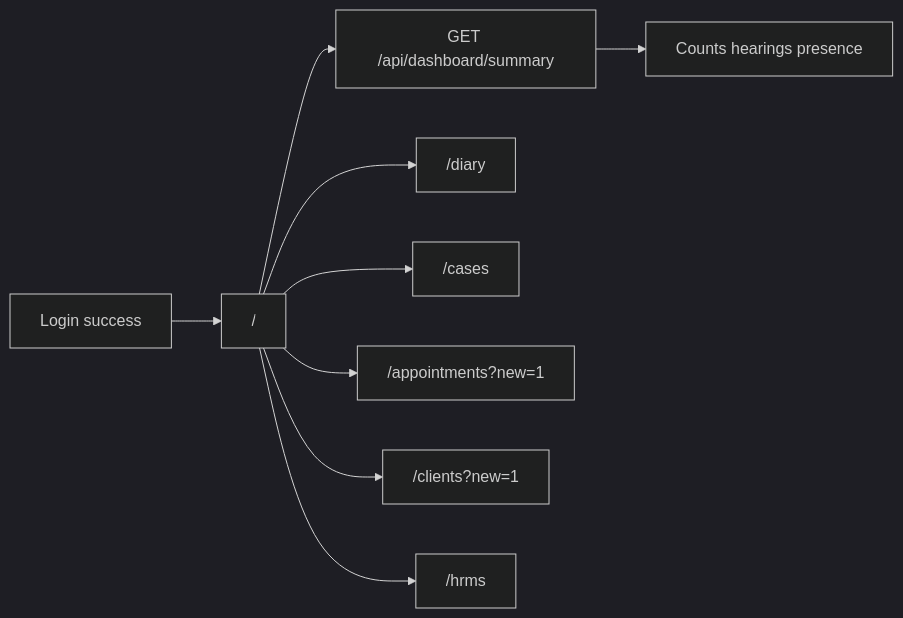
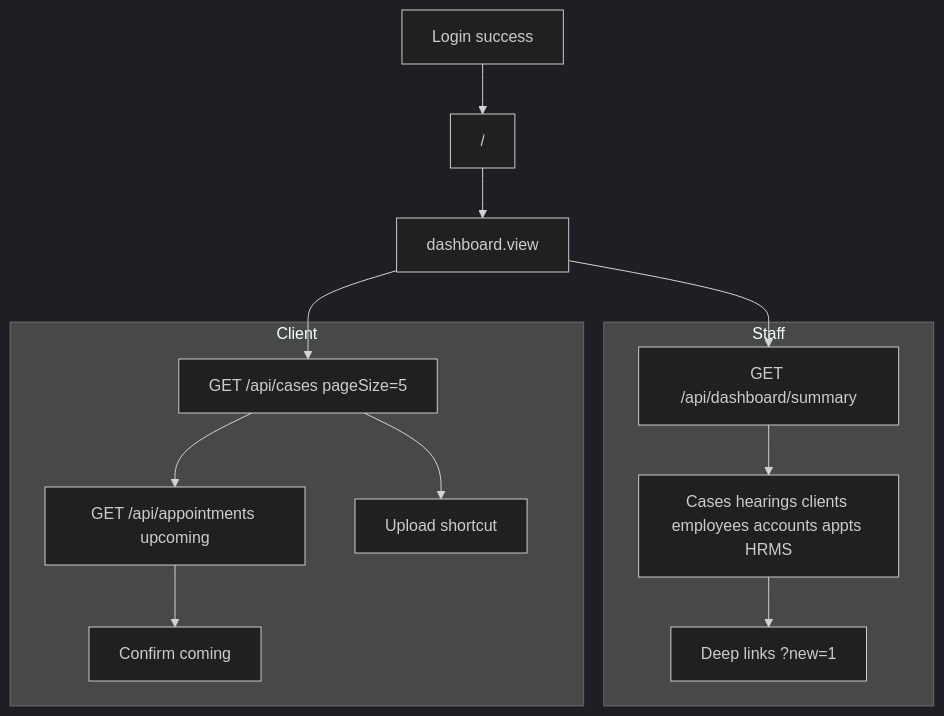
The first of 2 diagrams in docs/mlf flows/home_flow.md (psmpasupathi009/mlf), drawn with Mermaid (dark theme) before and after one commit. The commit also changed other lines of this file and 52 other files, not shown here.

````diff
--- a/docs/mlf flows/home_flow.md
+++ b/docs/mlf flows/home_flow.md
@@ -12,11 +7,23 @@
 ```mermaid
-flowchart LR
+flowchart TD
   login["Login success"] --> home["/"]
-  home --> api["GET /api/dashboard/summary"]
-  api --> prisma["Counts hearings presence"]
-  home --> diary["/diary"]
-  home --> cases["/cases"]
-  home --> appts["/appointments?new=1"]
-  home --> clients["/clients?new=1"]
-  home --> hrms["/hrms"]
+  home --> gate["dashboard.view"]
+
+  subgraph staffPath [Staff]
+    sum["GET /api/dashboard/summary"]
+    widgets["Cases hearings clients employees accounts appts HRMS"]
+    shortcuts["Deep links ?new=1"]
+  end
+
+  subgraph clientPath [Client]
+    cases["GET /api/cases pageSize=5"]
+    appts["GET /api/appointments upcoming"]
+    confirm["Confirm coming"]
+    docs["Upload shortcut"]
+  end
+
+  gate --> sum --> widgets --> shortcuts
+  gate --> cases --> appts
+  appts --> confirm
+  cases --> docs
 ```
````
